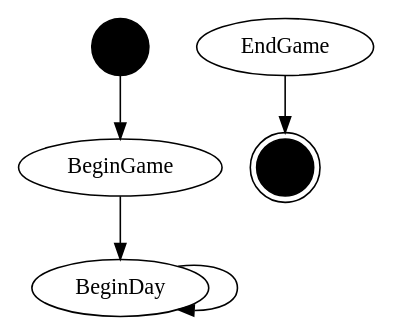
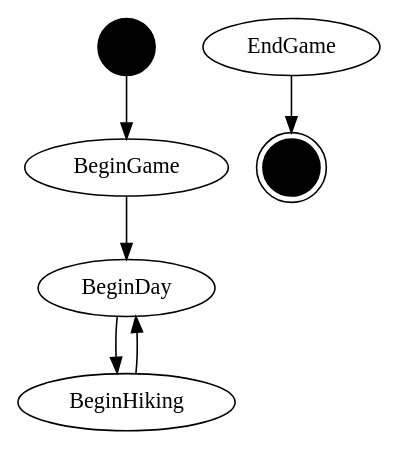
Before and after one commit to ahepp/pct: the diagram in dot/states.dot, drawn with Graphviz. The commit also changed 5 other files, not shown here.

```diff
--- a/dot/states.dot
+++ b/dot/states.dot
@@ -1,9 +1,10 @@
 digraph states {
     start [label="" shape=circle style=filled color=black]
     end [label="" shape=doublecircle style=filled color=black]
     start -> BeginGame
     BeginGame -> BeginDay
-    BeginDay -> BeginDay
+    BeginDay -> BeginHiking
+    BeginHiking -> BeginDay
     EndGame -> end
     
 }
```
